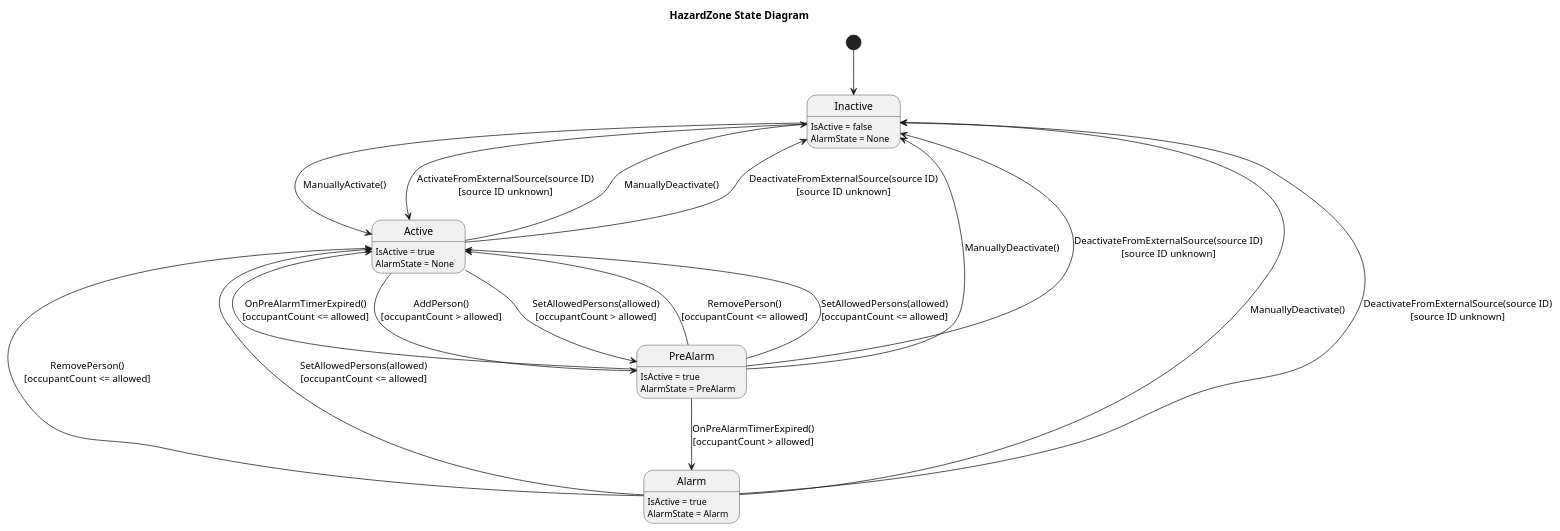
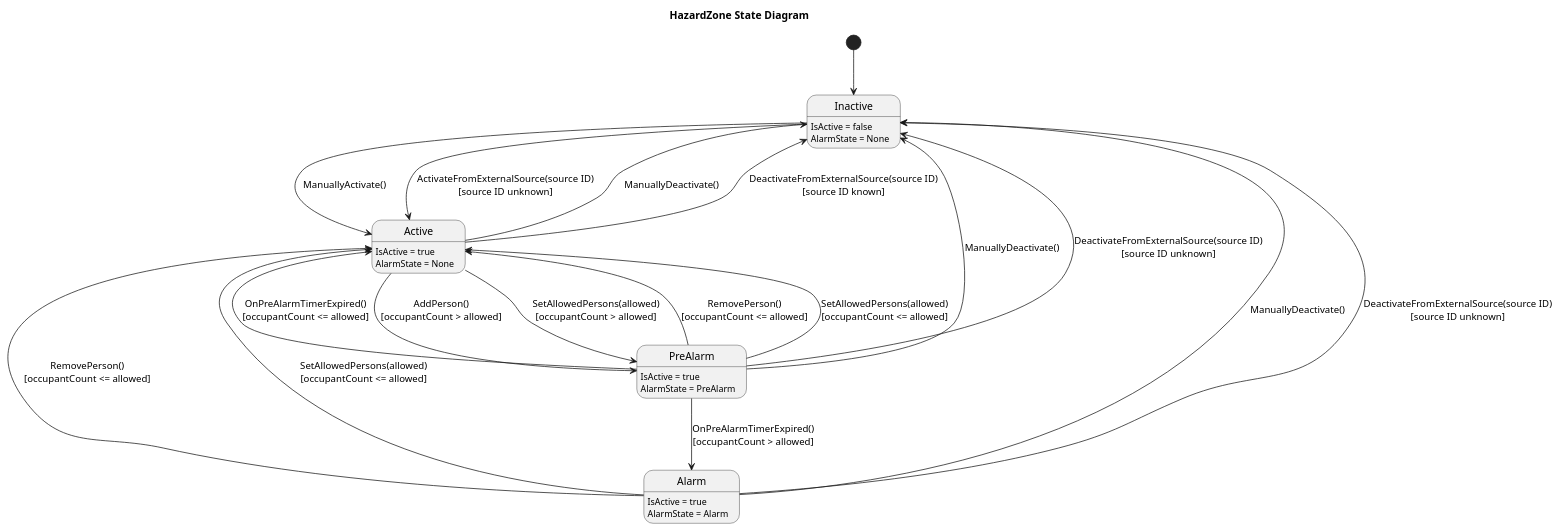
Before and after one commit to nheirbaut/Opilo.HazardZoneMonitor: the diagram in docs/HazardZoneStateDiagram.plantuml, drawn with PlantUML.

Commit message:
Deactivate from external source only when source ID known

```diff
--- a/docs/HazardZoneStateDiagram.plantuml
+++ b/docs/HazardZoneStateDiagram.plantuml
@@ -1,57 +1,57 @@
 @startuml
 
 hide empty description
 
 title HazardZone State Diagram
 
 [*] --> Inactive
 
 '------------------------------------------------------------------------------
 ' Inactive (IsActive=false, AlarmState=None)
 '------------------------------------------------------------------------------
 
 Inactive : IsActive = false
 Inactive : AlarmState = None
 
 Inactive --> Active : ManuallyActivate()
 Inactive --> Active : ActivateFromExternalSource(source ID)\n[source ID unknown]
 
 '------------------------------------------------------------------------------
 ' Active (IsActive=true, AlarmState=None)
 '------------------------------------------------------------------------------
 
 Active : IsActive = true
 Active : AlarmState = None
 
 Active --> PreAlarm : AddPerson()\n[occupantCount > allowed]
 Active --> PreAlarm : SetAllowedPersons(allowed)\n[occupantCount > allowed]
 Active --> Inactive : ManuallyDeactivate()
-Active --> Inactive : DeactivateFromExternalSource(source ID)\n[source ID unknown]
+Active --> Inactive : DeactivateFromExternalSource(source ID)\n[source ID known]
 
 '------------------------------------------------------------------------------
 ' PreAlarm (IsActive=true, AlarmState=PreAlarm)
 '------------------------------------------------------------------------------
 
 PreAlarm : IsActive = true
 PreAlarm : AlarmState = PreAlarm
 
 PreAlarm --> Active : RemovePerson()\n[occupantCount <= allowed]
 PreAlarm --> Active : SetAllowedPersons(allowed)\n[occupantCount <= allowed]
 PreAlarm --> Alarm : OnPreAlarmTimerExpired()\n[occupantCount > allowed]
 PreAlarm --> Active : OnPreAlarmTimerExpired()\n[occupantCount <= allowed]
 PreAlarm --> Inactive : ManuallyDeactivate()
 PreAlarm --> Inactive : DeactivateFromExternalSource(source ID)\n[source ID unknown]
 
 '------------------------------------------------------------------------------
 ' Alarm (IsActive=true, AlarmState=Alarm)
 '------------------------------------------------------------------------------
 
 Alarm : IsActive = true
 Alarm : AlarmState = Alarm
 
 Alarm --> Active : RemovePerson()\n[occupantCount <= allowed]
 Alarm --> Active : SetAllowedPersons(allowed)\n[occupantCount <= allowed]
 Alarm --> Inactive : ManuallyDeactivate()
 Alarm --> Inactive : DeactivateFromExternalSource(source ID)\n[source ID unknown]
 
 @enduml
```
